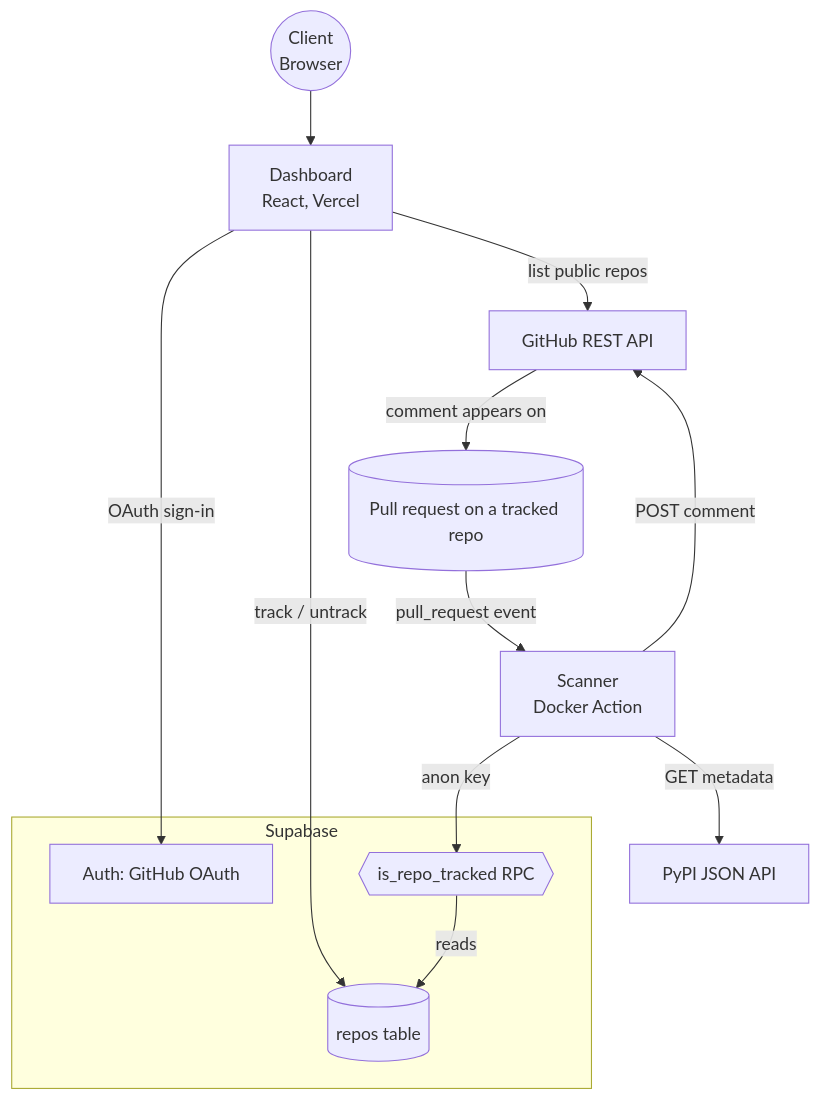
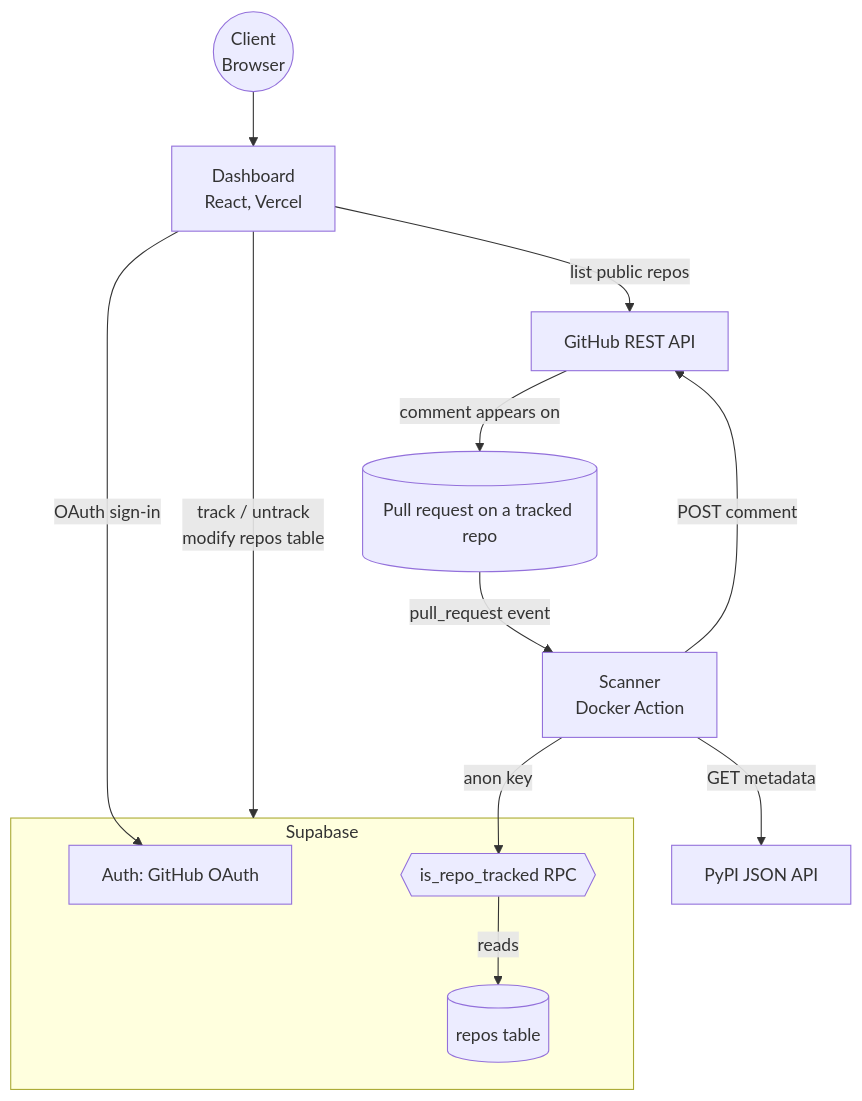
One commit to dxfeng/deprecation-auditor changed the diagram in README.md. Above: the diagram before and after it, drawn with Mermaid. The commit also changed other lines of this file, not shown here.

Commit message:
Modified mermaid

````diff
--- a/README.md
+++ b/README.md
@@ -26,23 +27,23 @@
 ```mermaid
 flowchart TD
     Browser((Client\nBrowser)) --> Dashboard[Dashboard\nReact, Vercel]
 
     subgraph Supabase["Supabase"]
         AuthSvc[Auth: GitHub OAuth]
         RPC{{is_repo_tracked RPC}}
         ReposTable[(repos table)]
         RPC -->|reads| ReposTable
     end
 
     Dashboard -->|OAuth sign-in| AuthSvc
-    Dashboard -->|track / untrack| ReposTable
+    Dashboard -->|track / untrack \n modify repos table| Supabase
 
     Repo[(Pull request on a tracked repo)] -->|pull_request event| Scanner[Scanner\nDocker Action]
     Scanner -->|anon key| RPC
     Scanner -->|GET metadata| PyPI[PyPI JSON API]
 
     GitHub[GitHub REST API]
     Dashboard -->|list public repos| GitHub
     Scanner -->|POST comment| GitHub
     GitHub -->|comment appears on| Repo
 ```
````
